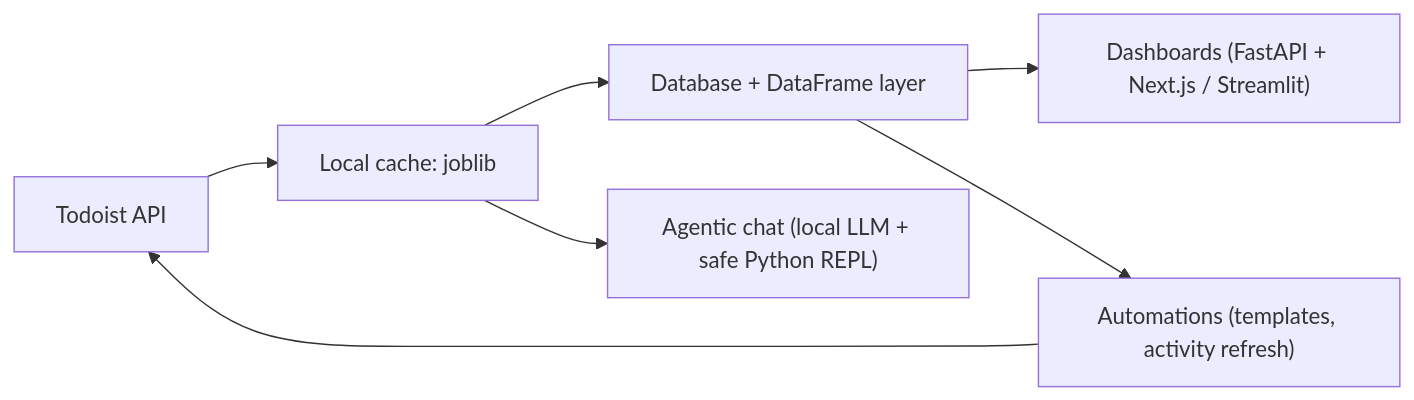
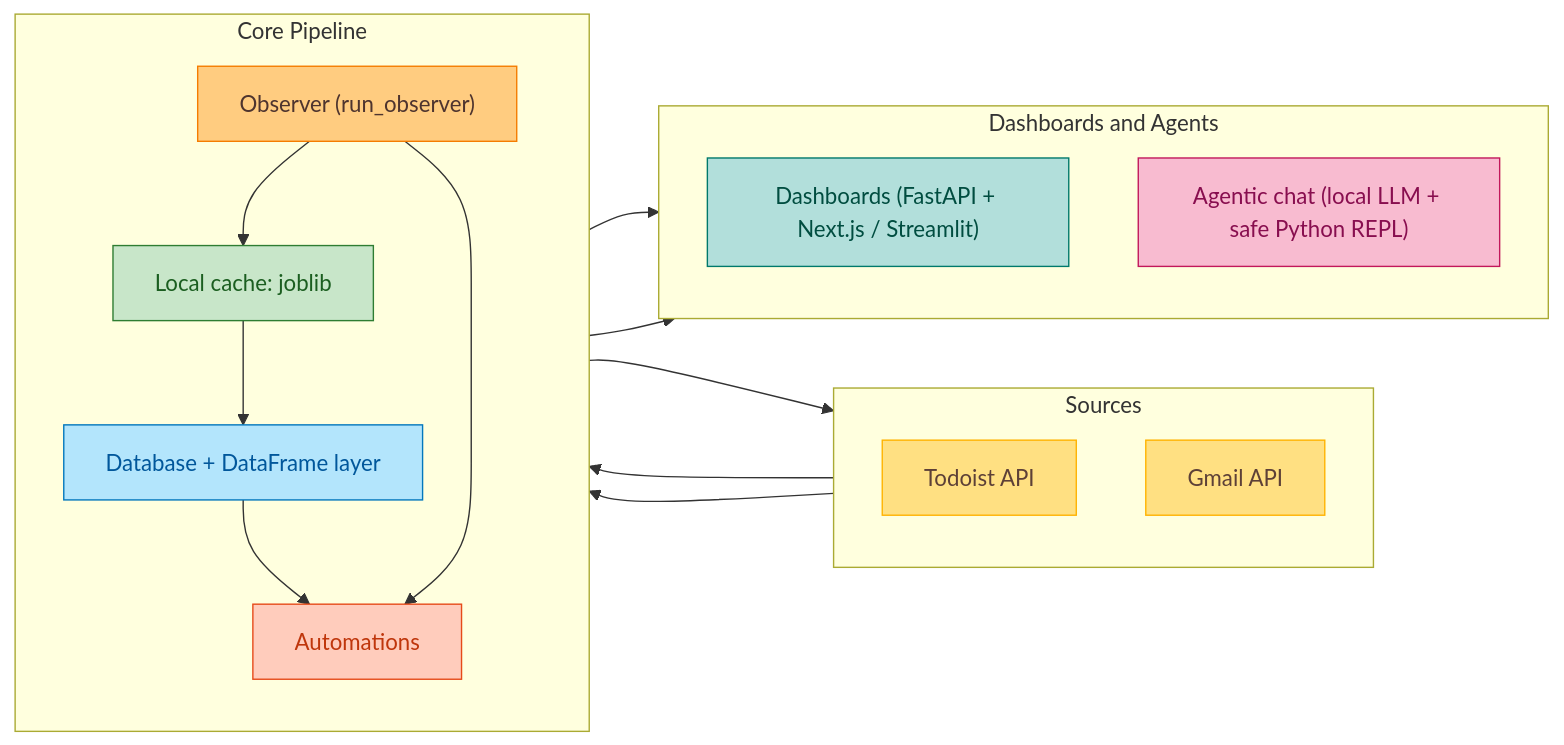
One commit to mtyrolski/todoist-assistant changed the diagram in README.md. Above: the diagram before and after it, drawn with Mermaid. The commit also changed other lines of this file and 7 other files, not shown here.

````diff
--- a/README.md
+++ b/README.md
@@ -47,9 +50,48 @@
 ```mermaid
 flowchart LR
-    API["Todoist API"] --> Cache["Local cache: joblib"]
-    Cache --> DB["Database + DataFrame layer"]
-    DB --> Dash["Dashboards (FastAPI + Next.js / Streamlit)"]
-    DB --> Auto["Automations (templates, activity refresh)"]
-    Cache --> Agent["Agentic chat (local LLM + safe Python REPL)"]
+    subgraph Sources
+        direction TB
+        API["Todoist API"]
+        Gmail["Gmail API"]
+    end
+
+    subgraph Core["Core Pipeline"]
+        direction TB
+        Observer["Observer (run_observer)"]
+        Cache["Local cache: joblib"]
+        DB["Database + DataFrame layer"]
+        Auto["Automations"]
+    end
+
+    subgraph Outputs["Dashboards and Agents"]
+        direction TB
+        Dash["Dashboards (FastAPI + Next.js / Streamlit)"]
+        Agent["Agentic chat (local LLM + safe Python REPL)"]
+    end
+
+    API --> Cache
+    Cache --> DB
+    DB --> Dash
+    DB --> Auto
+    Cache --> Agent
+    Observer --> Cache
+    Observer --> Auto
     Auto --> API
+    Gmail --> Auto
+
+    classDef source fill:#FFE082,stroke:#FFB300,color:#5D4037;
+    classDef observer fill:#FFCC80,stroke:#F57C00,color:#4E342E;
+    classDef cache fill:#C8E6C9,stroke:#2E7D32,color:#1B5E20;
+    classDef db fill:#B3E5FC,stroke:#0277BD,color:#01579B;
+    classDef automation fill:#FFCCBC,stroke:#E64A19,color:#BF360C;
+    classDef output fill:#B2DFDB,stroke:#00796B,color:#004D40;
+    classDef agent fill:#F8BBD0,stroke:#C2185B,color:#880E4F;
+
+    class API,Gmail source;
+    class Observer observer;
+    class Cache cache;
+    class DB db;
+    class Auto automation;
+    class Dash output;
+    class Agent agent;
 ```
````
